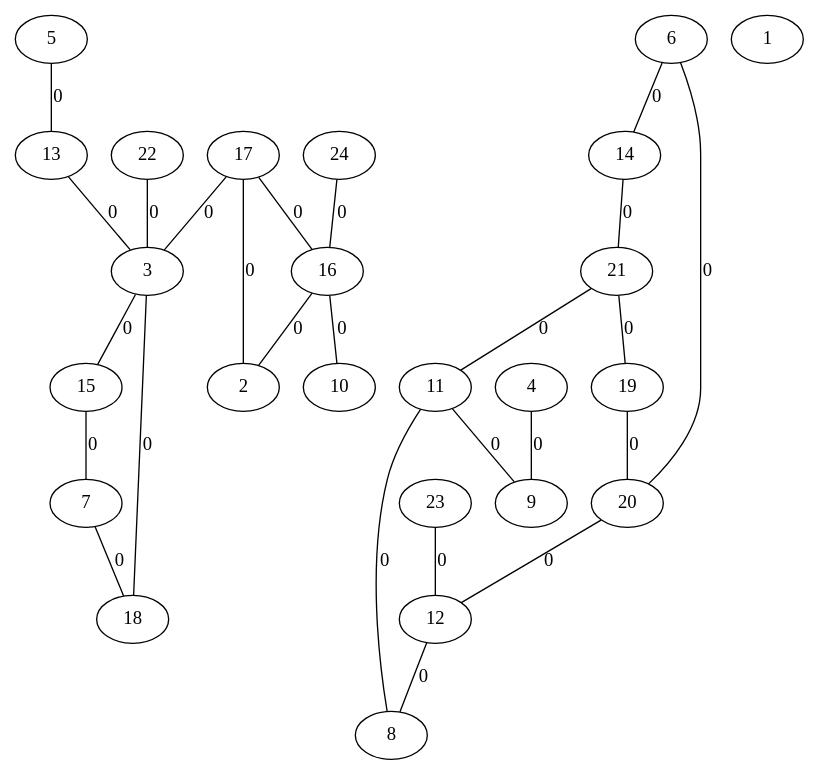
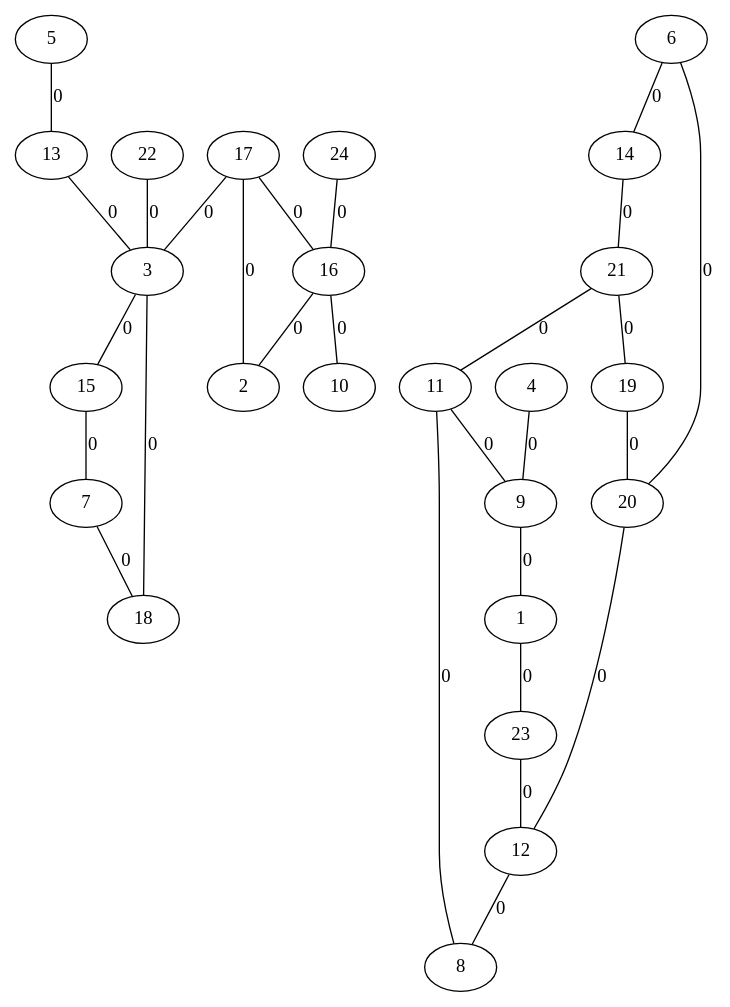
The diagram in Datasets/smallnet_acyc.dot (hugomoura10/DataVisualization), drawn with Graphviz before and after one commit. The commit also changed 13 other files, not shown here.

```diff
--- a/Datasets/smallnet_acyc.dot
+++ b/Datasets/smallnet_acyc.dot
@@ -1,51 +1,53 @@
 graph G {
 5;
 13;
 3;
 6;
 14;
 15;
 7;
 11;
 8;
 9;
 16;
 10;
 4;
 2;
 18;
 17;
 19;
 20;
 12;
 21;
 22;
 1;
 23;
 24;
 5 -- 13  [label=0];
 13 -- 3  [label=0];
 3 -- 15  [label=0];
 6 -- 14  [label=0];
 14 -- 21  [label=0];
 15 -- 7  [label=0];
 7 -- 18  [label=0];
 11 -- 8  [label=0];
 11 -- 9  [label=0];
+9 -- 1  [label=0];
 16 -- 10  [label=0];
 16 -- 2  [label=0];
 4 -- 9  [label=0];
 17 -- 16  [label=0];
 17 -- 3  [label=0];
 19 -- 20  [label=0];
 20 -- 12  [label=0];
 12 -- 8  [label=0];
 21 -- 19  [label=0];
 21 -- 11  [label=0];
 22 -- 3  [label=0];
+1 -- 23  [label=0];
 23 -- 12  [label=0];
 24 -- 16  [label=0];
 17 -- 2  [label=0];
 3 -- 18  [label=0];
 6 -- 20  [label=0];
 }
```
